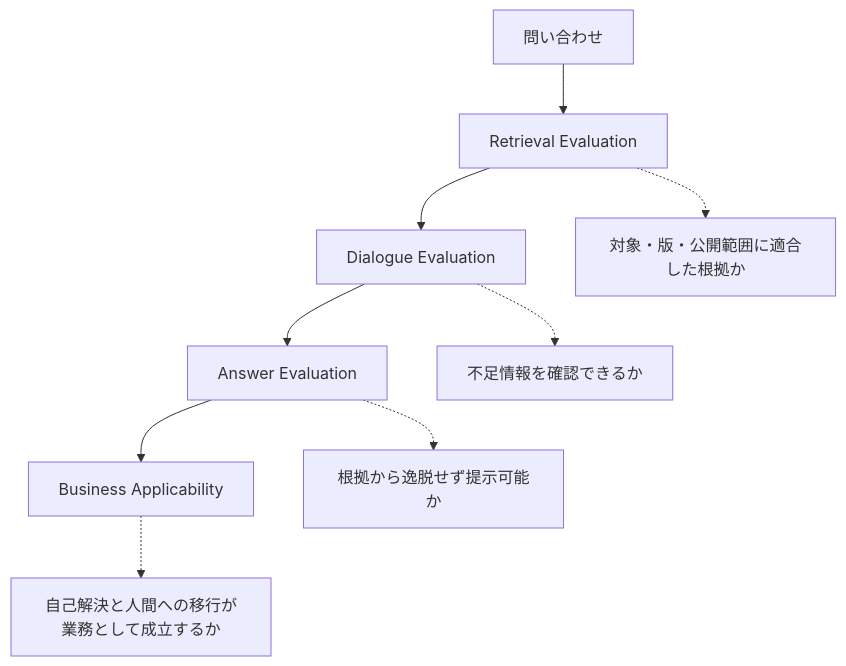
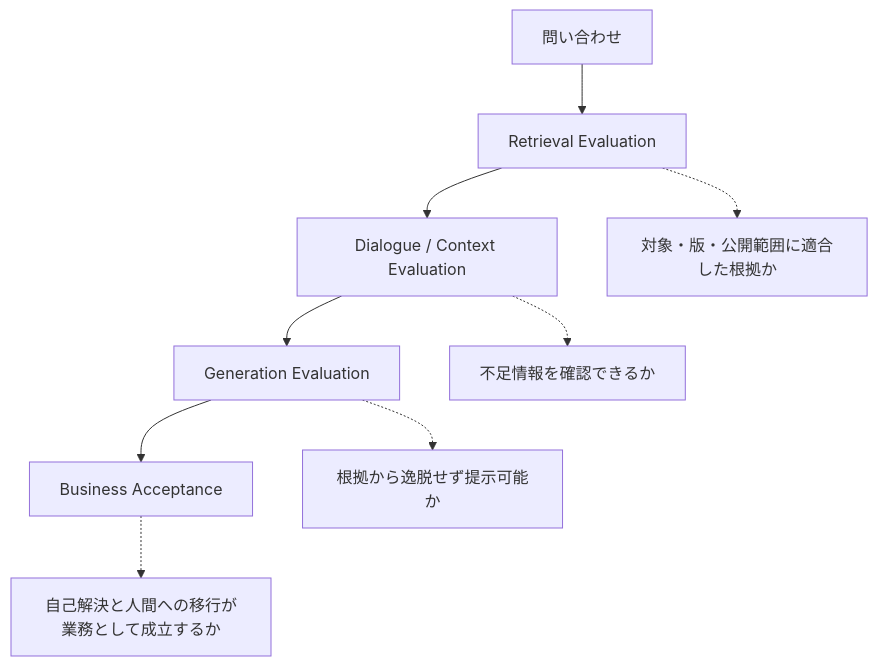
One commit to nullcontroller/Rosarium changed the diagram in src/content/cases/customer-support-ai-dx/poc-evaluation.md. Above: the diagram before and after it, drawn with Mermaid. The commit also changed other lines of this file and 35 other files, not shown here.

````diff
--- a/src/content/cases/customer-support-ai-dx/poc-evaluation.md
+++ b/src/content/cases/customer-support-ai-dx/poc-evaluation.md
@@ -27,12 +27,12 @@
 ```mermaid
 flowchart TD
   I[問い合わせ] --> RE[Retrieval Evaluation]
-  RE --> DE[Dialogue Evaluation]
-  DE --> AE[Answer Evaluation]
-  AE --> BA[Business Applicability]
+  RE --> DE[Dialogue / Context Evaluation]
+  DE --> AE[Generation Evaluation]
+  AE --> BA[Business Acceptance]
 
   RE -.-> RQ[対象・版・公開範囲に適合した根拠か]
   DE -.-> DQ[不足情報を確認できるか]
   AE -.-> AQ[根拠から逸脱せず提示可能か]
   BA -.-> BQ[自己解決と人間への移行が業務として成立するか]
 ```
````
